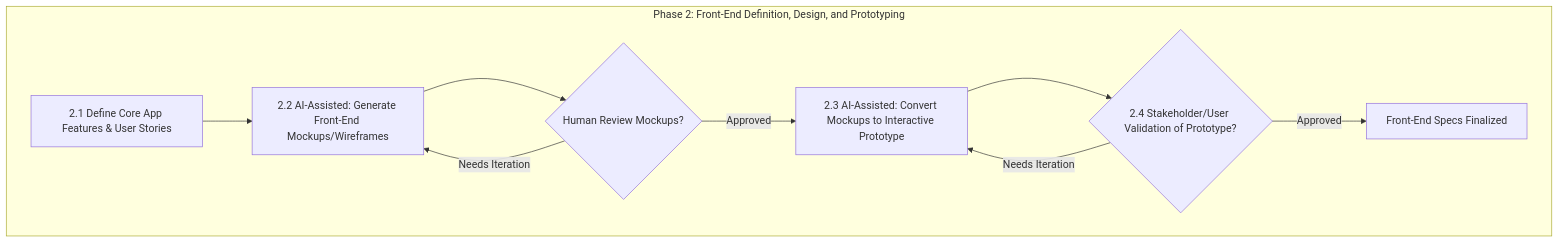
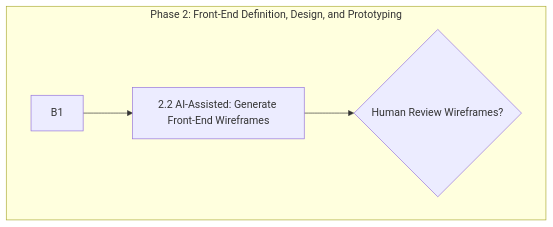
Before and after one commit to Mharbulous/Front-First-Method: the diagram in Method/FF-phase2.md, drawn with Mermaid. The commit also changed 6 other files, not shown here.

Commit message:
Merging diagrams with nuance of original instruction (WIP)

````diff
--- a/Method/FF-phase2.md
+++ b/Method/FF-phase2.md
@@ -1,15 +1,10 @@
 ```mermaid
 graph TD
     
     
     subgraph Phase1 ["Phase 2: Front-End Definition, Design, and Prototyping"]
-        B1["2.1 Define Core App Features & User Stories"]        
-        B1 --> B2["2.2 AI-Assisted: Generate Front-End Mockups/Wireframes"]
-        B2 --> B2_Val{"Human Review Mockups?"}
-        B2_Val -->|Needs Iteration| B2
-        B2_Val -->|Approved| B3["2.3 AI-Assisted: Convert Mockups to Interactive Prototype"]
-        B3 --> B4_Val{"2.4 Stakeholder/User Validation of Prototype?"}
-        B4_Val -->|Needs Iteration| B3
-        B4_Val -->|Approved| C_Spec["Front-End Specs Finalized"]
+                B1 --> B2["2.2 AI-Assisted: Generate Front-End Wireframes"]
+                B2 --> B2_Val{"Human Review Wireframes?"}
+        
     end
 ```
````
